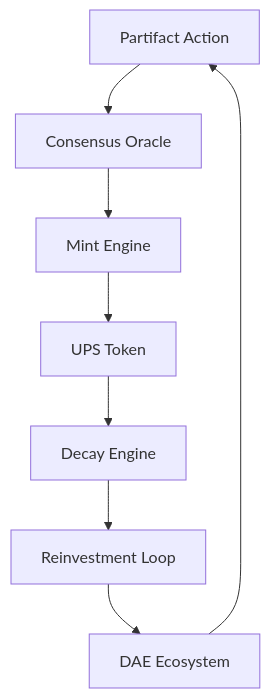
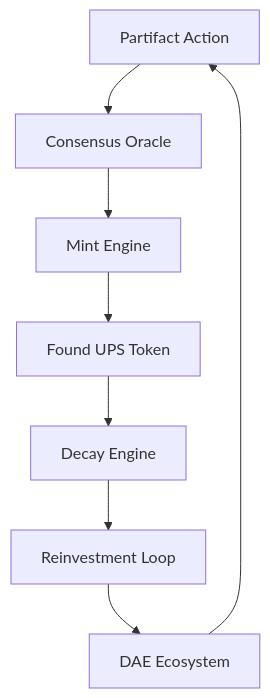
The diagram in WSP_knowledge/src/WSP_26_FoundUPS_DAE_Tokenization.md (Foundup/Foundups-Agent), drawn with Mermaid before and after one commit. The commit also changed other lines of this file and 306 other files, not shown here.

````diff
--- a/WSP_knowledge/src/WSP_26_FoundUPS_DAE_Tokenization.md
+++ b/WSP_knowledge/src/WSP_26_FoundUPS_DAE_Tokenization.md
@@ -93,10 +88,10 @@
 ```mermaid
 graph TD
     A[Partifact Action] --> B[Consensus Oracle]
     B --> C[Mint Engine]
-    C --> D[UPS Token]
+    C --> D[Found UPS Token]
     D --> E[Decay Engine]
     E --> F[Reinvestment Loop]
     F --> G[DAE Ecosystem]
     G --> A
 ```
````
